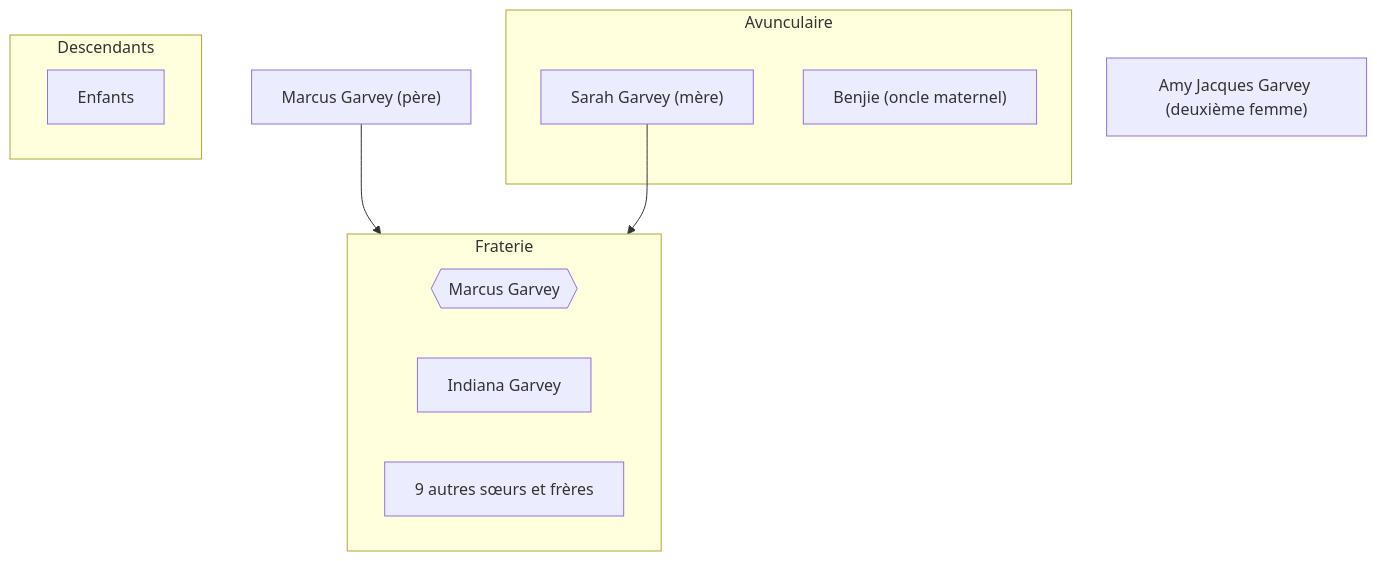
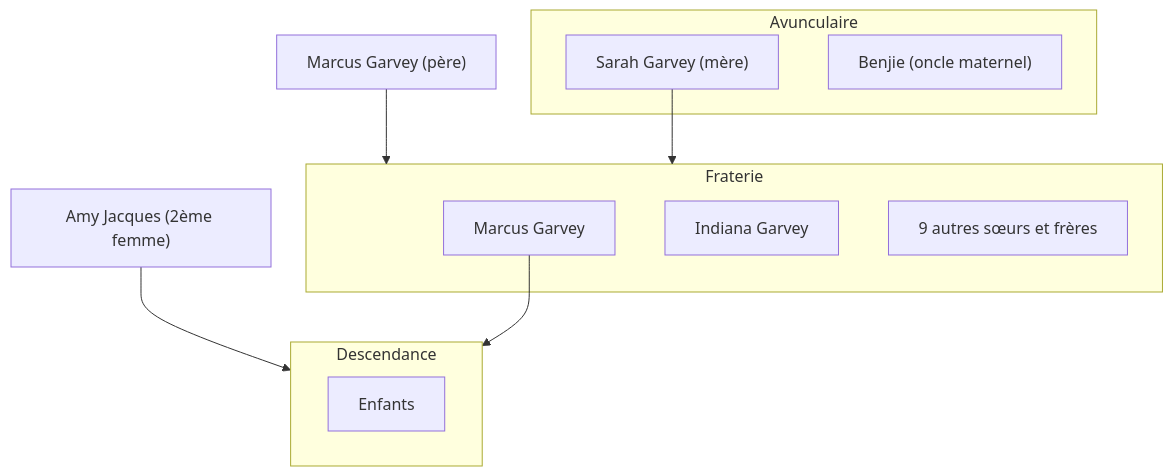
One commit to ba-moun/Ba-Moun-Save changed the diagram in en-cours/personnalite/homme/polymathe/caraibes/midi/colonie/xamayca/marcus-gavey.md. Above: the diagram before and after it, drawn with Mermaid. The commit also changed other lines of this file, not shown here.

Commit message:
docs: update en-cours/personnalite/homme/polymathe/caraibes/midi/colonie/xamayca/marcus-gavey

````diff
--- a/en-cours/personnalite/homme/polymathe/caraibes/midi/colonie/xamayca/marcus-gavey.md
+++ b/en-cours/personnalite/homme/polymathe/caraibes/midi/colonie/xamayca/marcus-gavey.md
@@ -34,24 +34,21 @@
 ```mermaid
 flowchart TD
-   id0["Marcus Garvey (père)"]
-   id7["Amy Jacques Garvey (deuxième femme)"]
-   
    subgraph Fraterie
-      id1{{Marcus Garvey}}
+      id1[Marcus Garvey]
       id3[Indiana Garvey]
       id4[9 autres sœurs et frères]
    end
    
    subgraph Avunculaire
       id2["Sarah Garvey (mère)"]
       id6["Benjie (oncle maternel)"]
    end
    
-   subgraph Descendants
+   subgraph Descendance
       id8["Enfants"]
    end
    
-   id0 --> Fraterie
-   id2 --> Fraterie
+   id0["Marcus Garvey (père)"] & id2     --> Fraterie
+   id7["Amy Jacques (2ème femme)"] & id1 --> Descendance
 
 ```
````
